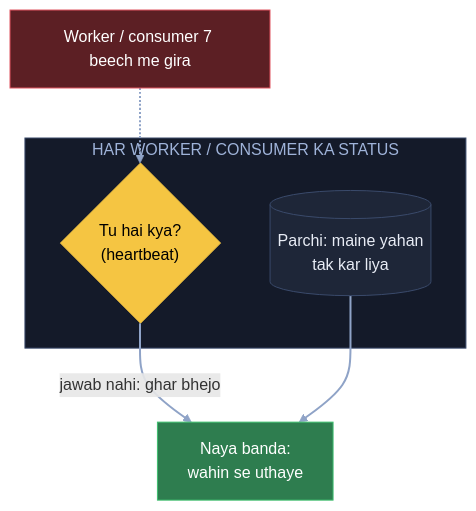
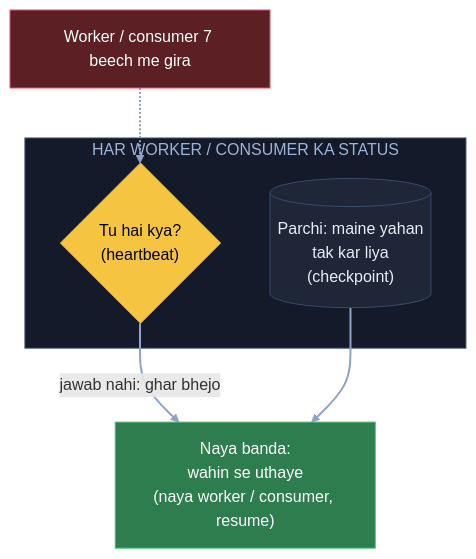
Diagram 13 of 21 in 04_HLD/SYSTEM_DESIGNS/03_twitter_feed/03_twitter_feed.md (ArpanMaheshwari144/Prep), drawn with Mermaid before and after one commit. The commit also changed other lines of this file and 20 other files, not shown here.

Commit message:
HLD main files: diagram me kahani shabd + bracket me asli naam (21 design, 182 label)

````diff
--- a/04_HLD/SYSTEM_DESIGNS/03_twitter_feed/03_twitter_feed.md
+++ b/04_HLD/SYSTEM_DESIGNS/03_twitter_feed/03_twitter_feed.md
@@ -482,18 +482,18 @@
 ```mermaid
 flowchart TB
     W7["Worker / consumer 7 beech me gira"]:::bad
     subgraph ST["HAR WORKER / CONSUMER KA STATUS"]
         H{"Tu hai kya?<br/>(heartbeat)"}:::pill
-        C[("Parchi: maine yahan<br/>tak kar liya")]:::card
+        C[("Parchi: maine yahan<br/>tak kar liya<br/>(checkpoint)")]:::card
     end
-    N["Naya banda:<br/>wahin se uthaye"]:::good
+    N["Naya banda:<br/>wahin se uthaye<br/>(naya worker / consumer, resume)"]:::good
     W7 -.-> H
     H -- "jawab nahi: ghar bhejo" --> N
     C --> N
     linkStyle default stroke:#8fa3c7,stroke-width:2px
     classDef card fill:#1e2638,stroke:#3a4a6b,color:#e8ecf5
     classDef pill fill:#f5c542,stroke:#f5c542,color:#000
     classDef good fill:#2e7d4f,stroke:#3fbf6f,color:#fff
     classDef bad fill:#5c1f24,stroke:#e05561,color:#fff
     style ST fill:#141a29,stroke:#3a4a6b,color:#9fb3d9
 ```
````
